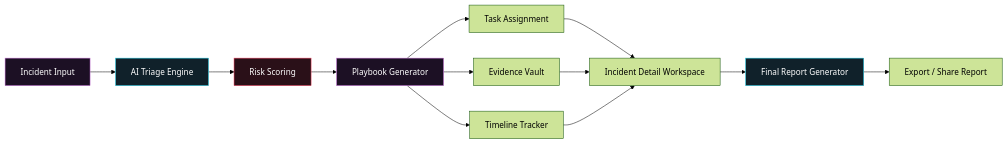
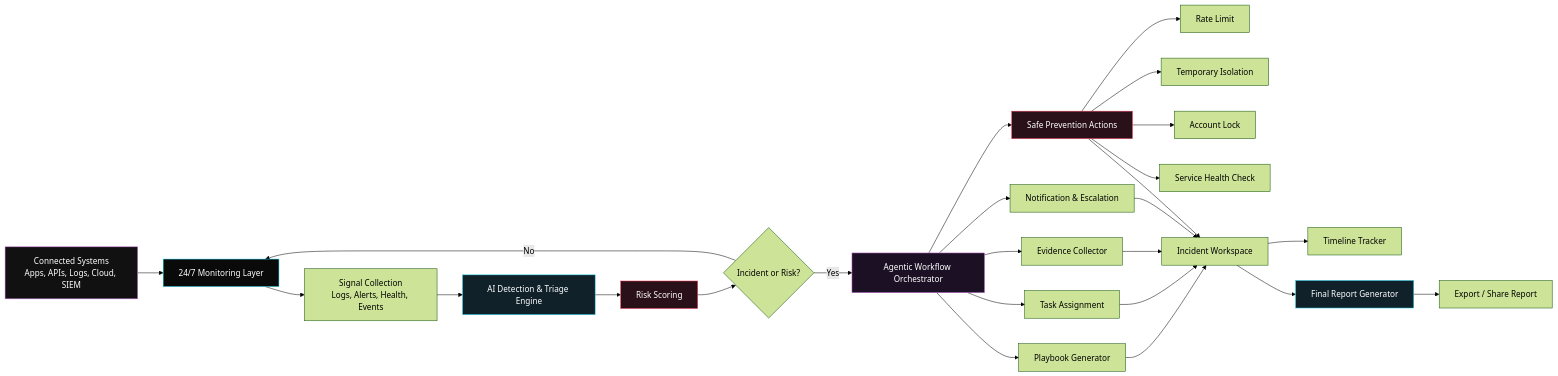
One commit to Yusiko99/TEY-crisisOS-airo2026 changed the first of 7 diagrams in README.md. Above: the diagram before and after it, drawn with Mermaid (forest theme). The commit also changed other lines of this file, not shown here.

First line of the commit message:
Enhance README with new features and monitoring details

````diff
--- a/README.md
+++ b/README.md
@@ -165,20 +186,40 @@
 ```mermaid
 flowchart LR
-    A[Incident Input] --> B[AI Triage Engine]
-    B --> C[Risk Scoring]
-    C --> D[Playbook Generator]
-    D --> E[Task Assignment]
-    D --> F[Evidence Vault]
-    D --> G[Timeline Tracker]
-    E --> H[Incident Detail Workspace]
-    F --> H
-    G --> H
-    H --> I[Final Report Generator]
-    I --> J[Export / Share Report]
+    A[Connected Systems\nApps, APIs, Logs, Cloud, SIEM] --> B[24/7 Monitoring Layer]
+    B --> C[Signal Collection\nLogs, Alerts, Health, Events]
+    C --> D[AI Detection & Triage Engine]
+    D --> E[Risk Scoring]
+    E --> F{Incident or Risk?}
 
-    style A fill:#1c1024,stroke:#C871DA,color:#fff
-    style B fill:#10212a,stroke:#22D3EE,color:#fff
-    style C fill:#2a1018,stroke:#F43F5E,color:#fff
-    style D fill:#1c1024,stroke:#C871DA,color:#fff
-    style I fill:#10212a,stroke:#22D3EE,color:#fff
+    F -->|No| B
+    F -->|Yes| G[Agentic Workflow Orchestrator]
+
+    G --> H[Playbook Generator]
+    G --> I[Task Assignment]
+    G --> J[Evidence Collector]
+    G --> K[Notification & Escalation]
+    G --> L[Safe Prevention Actions]
+
+    L --> L1[Rate Limit]
+    L --> L2[Temporary Isolation]
+    L --> L3[Account Lock]
+    L --> L4[Service Health Check]
+
+    H --> M[Incident Workspace]
+    I --> M
+    J --> M
+    K --> M
+    L --> M
+
+    M --> N[Timeline Tracker]
+    M --> O[Final Report Generator]
+    O --> P[Export / Share Report]
+
+    style A fill:#111,stroke:#C871DA,color:#fff
+    style B fill:#0A0A0A,stroke:#22D3EE,color:#fff
+    style D fill:#10212a,stroke:#22D3EE,color:#fff
+    style E fill:#2a1018,stroke:#F43F5E,color:#fff
+    style G fill:#1c1024,stroke:#C871DA,color:#fff
+    style L fill:#2a1018,stroke:#F43F5E,color:#fff
+    style O fill:#10212a,stroke:#22D3EE,color:#fff
 ```
````
